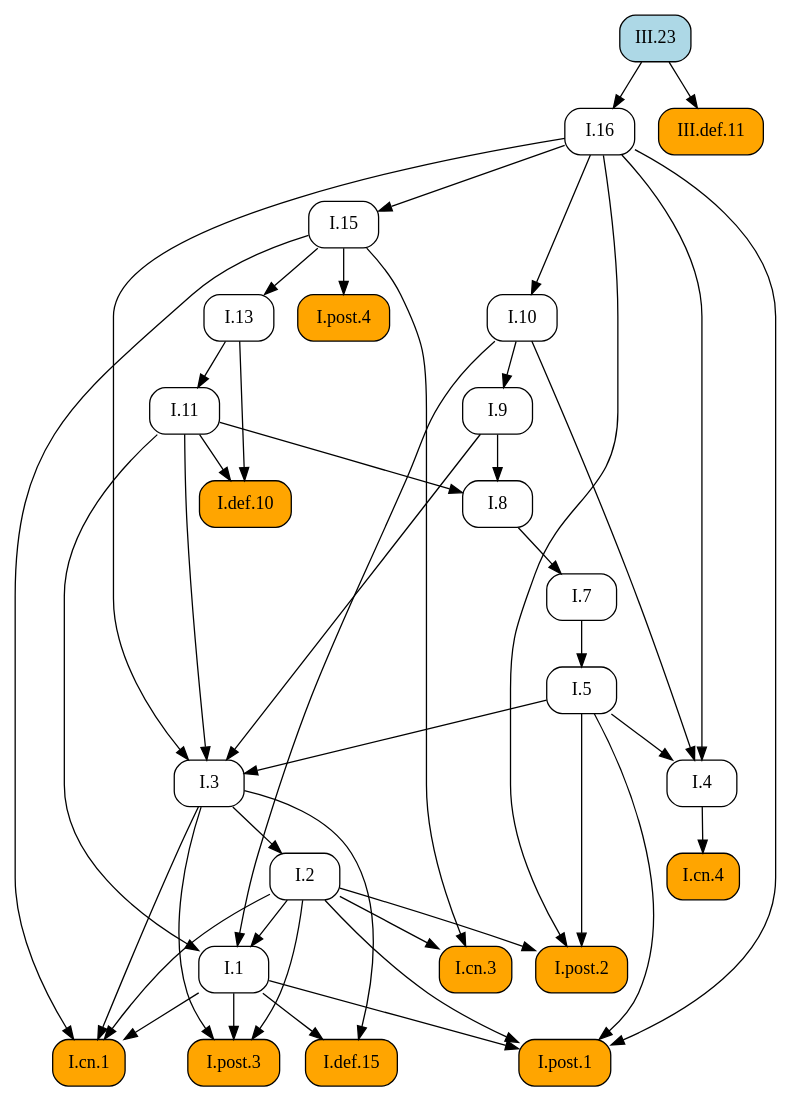
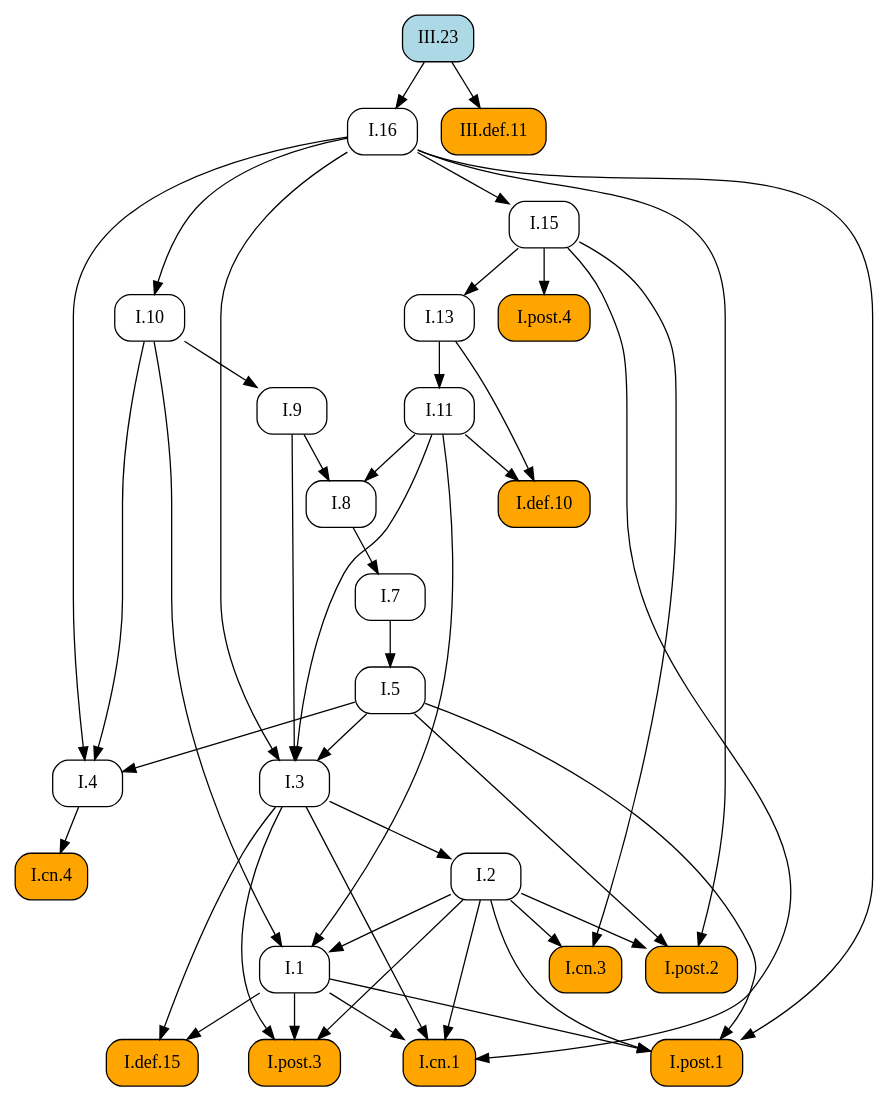
The diagram in docsrc/elements2/III/23/index.rst (geometor/elements), drawn with Graphviz before and after one commit. The commit also changed other lines of this file and 171 other files, not shown here.

```diff
--- a/docsrc/elements2/III/23/index.rst
+++ b/docsrc/elements2/III/23/index.rst
@@ -40,74 +40,74 @@
 .. graphviz::
 
    digraph {
      rankdir="TB";
      node [shape=box, style=rounded];
+     "I.8" [URL="/elements2/I/8/", target="_top"];
+     "I.1" [URL="/elements2/I/1/", target="_top"];
+     "I.cn.3" [style="rounded,filled", fillcolor=orange, URL="/elements2/I/cn.3/", target="_top"];
+     "I.cn.4" [style="rounded,filled", fillcolor=orange, URL="/elements2/I/cn.4/", target="_top"];
+     "I.7" [URL="/elements2/I/7/", target="_top"];
+     "I.post.1" [style="rounded,filled", fillcolor=orange, URL="/elements2/I/post.1/", target="_top"];
+     "I.9" [URL="/elements2/I/9/", target="_top"];
+     "I.5" [URL="/elements2/I/5/", target="_top"];
+     "I.cn.1" [style="rounded,filled", fillcolor=orange, URL="/elements2/I/cn.1/", target="_top"];
+     "I.post.4" [style="rounded,filled", fillcolor=orange, URL="/elements2/I/post.4/", target="_top"];
+     "I.def.10" [style="rounded,filled", fillcolor=orange, URL="/elements2/I/def.10/", target="_top"];
      "I.16" [URL="/elements2/I/16/", target="_top"];
-     "I.def.10" [style="rounded,filled", fillcolor=orange, URL="/elements2/I/def.10/", target="_top"];
+     "I.13" [URL="/elements2/I/13/", target="_top"];
+     "I.2" [URL="/elements2/I/2/", target="_top"];
+     "I.def.15" [style="rounded,filled", fillcolor=orange, URL="/elements2/I/def.15/", target="_top"];
+     "I.4" [URL="/elements2/I/4/", target="_top"];
+     "I.11" [URL="/elements2/I/11/", target="_top"];
      "III.def.11" [style="rounded,filled", fillcolor=orange, URL="/elements2/III/def.11/", target="_top"];
-     "I.9" [URL="/elements2/I/9/", target="_top"];
+     "I.10" [URL="/elements2/I/10/", target="_top"];
+     "I.15" [URL="/elements2/I/15/", target="_top"];
+     "I.3" [URL="/elements2/I/3/", target="_top"];
+     "I.post.2" [style="rounded,filled", fillcolor=orange, URL="/elements2/I/post.2/", target="_top"];
      "III.23" [style="rounded,filled", fillcolor=lightblue, URL="/elements2/III/23/", target="_top"];
-     "I.2" [URL="/elements2/I/2/", target="_top"];
-     "I.8" [URL="/elements2/I/8/", target="_top"];
-     "I.15" [URL="/elements2/I/15/", target="_top"];
-     "I.def.15" [style="rounded,filled", fillcolor=orange, URL="/elements2/I/def.15/", target="_top"];
-     "I.cn.4" [style="rounded,filled", fillcolor=orange, URL="/elements2/I/cn.4/", target="_top"];
      "I.post.3" [style="rounded,filled", fillcolor=orange, URL="/elements2/I/post.3/", target="_top"];
-     "I.1" [URL="/elements2/I/1/", target="_top"];
-     "I.post.2" [style="rounded,filled", fillcolor=orange, URL="/elements2/I/post.2/", target="_top"];
-     "I.13" [URL="/elements2/I/13/", target="_top"];
-     "I.10" [URL="/elements2/I/10/", target="_top"];
-     "I.post.1" [style="rounded,filled", fillcolor=orange, URL="/elements2/I/post.1/", target="_top"];
-     "I.7" [URL="/elements2/I/7/", target="_top"];
-     "I.post.4" [style="rounded,filled", fillcolor=orange, URL="/elements2/I/post.4/", target="_top"];
-     "I.cn.1" [style="rounded,filled", fillcolor=orange, URL="/elements2/I/cn.1/", target="_top"];
-     "I.3" [URL="/elements2/I/3/", target="_top"];
-     "I.cn.3" [style="rounded,filled", fillcolor=orange, URL="/elements2/I/cn.3/", target="_top"];
-     "I.11" [URL="/elements2/I/11/", target="_top"];
-     "I.5" [URL="/elements2/I/5/", target="_top"];
-     "I.4" [URL="/elements2/I/4/", target="_top"];
-     "III.23" -> "I.16";
-     "I.11" -> "I.def.10";
-     "I.13" -> "I.def.10";
-     "III.23" -> "III.def.11";
-     "I.10" -> "I.9";
-     "I.3" -> "I.2";
      "I.9" -> "I.8";
      "I.11" -> "I.8";
-     "I.16" -> "I.15";
-     "I.1" -> "I.def.15";
-     "I.3" -> "I.def.15";
-     "I.4" -> "I.cn.4";
-     "I.1" -> "I.post.3";
-     "I.2" -> "I.post.3";
-     "I.3" -> "I.post.3";
      "I.2" -> "I.1";
      "I.10" -> "I.1";
      "I.11" -> "I.1";
-     "I.2" -> "I.post.2";
-     "I.5" -> "I.post.2";
-     "I.16" -> "I.post.2";
-     "I.15" -> "I.13";
-     "I.16" -> "I.10";
+     "I.2" -> "I.cn.3";
+     "I.15" -> "I.cn.3";
+     "I.4" -> "I.cn.4";
+     "I.8" -> "I.7";
      "I.1" -> "I.post.1";
      "I.2" -> "I.post.1";
      "I.5" -> "I.post.1";
      "I.16" -> "I.post.1";
-     "I.8" -> "I.7";
-     "I.15" -> "I.post.4";
+     "I.10" -> "I.9";
+     "I.7" -> "I.5";
      "I.1" -> "I.cn.1";
      "I.2" -> "I.cn.1";
      "I.3" -> "I.cn.1";
      "I.15" -> "I.cn.1";
+     "I.15" -> "I.post.4";
+     "I.11" -> "I.def.10";
+     "I.13" -> "I.def.10";
+     "III.23" -> "I.16";
+     "I.15" -> "I.13";
+     "I.3" -> "I.2";
+     "I.1" -> "I.def.15";
+     "I.3" -> "I.def.15";
+     "I.5" -> "I.4";
+     "I.10" -> "I.4";
+     "I.16" -> "I.4";
+     "I.13" -> "I.11";
+     "III.23" -> "III.def.11";
+     "I.16" -> "I.10";
+     "I.16" -> "I.15";
      "I.5" -> "I.3";
      "I.9" -> "I.3";
      "I.11" -> "I.3";
      "I.16" -> "I.3";
-     "I.2" -> "I.cn.3";
-     "I.15" -> "I.cn.3";
-     "I.13" -> "I.11";
-     "I.7" -> "I.5";
-     "I.5" -> "I.4";
-     "I.10" -> "I.4";
-     "I.16" -> "I.4";
+     "I.2" -> "I.post.2";
+     "I.5" -> "I.post.2";
+     "I.16" -> "I.post.2";
+     "I.1" -> "I.post.3";
+     "I.2" -> "I.post.3";
+     "I.3" -> "I.post.3";
    }
```
